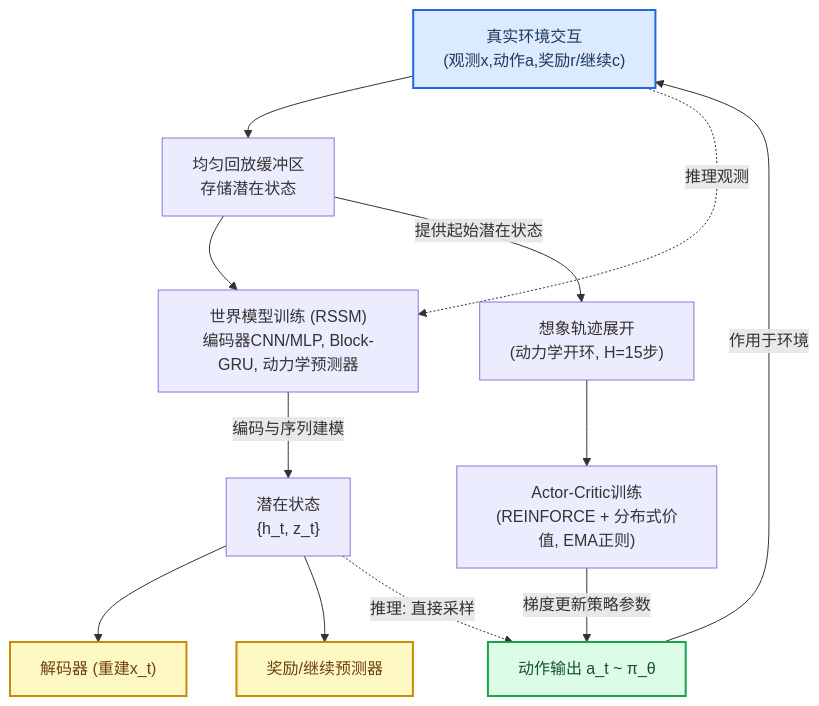
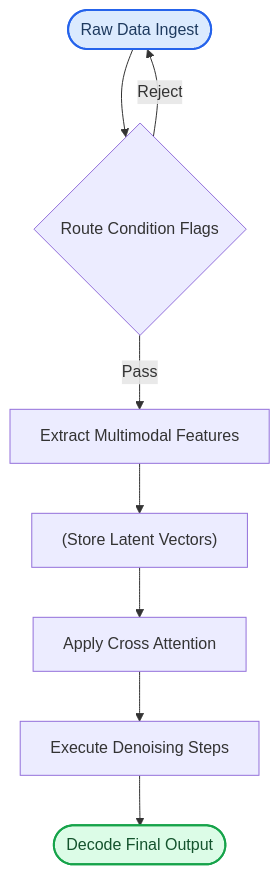
Before and after one commit to ShinewineW/paper-rolling: the third of 10 diagrams in person_vault/2026-06-08_MasteringDiverseDomainsThroughWorldModels_2301.04104/report.md, drawn with Mermaid. The commit also changed other lines of this file and 300 other files, not shown here.

````diff
--- a/person_vault/2026-06-08_MasteringDiverseDomainsThroughWorldModels_2301.04104/report.md
+++ b/person_vault/2026-06-08_MasteringDiverseDomainsThroughWorldModels_2301.04104/report.md
@@ -98,28 +124,22 @@
 ```mermaid
 flowchart TB
-    env["真实环境交互<br>(观测x,动作a,奖励r/继续c)"]:::required
-    buffer["均匀回放缓冲区<br>存储潜在状态"]
-    wm["世界模型训练 (RSSM)<br>编码器CNN/MLP, Block-GRU, 动力学预测器"]
-    latent["潜在状态<br>{h_t, z_t}"]
-    decoder["解码器 (重建x_t)"]:::optional
-    rewpred["奖励/继续预测器"]:::optional
-    imagine["想象轨迹展开<br>(动力学开环, H=15步)"]
-    actor_critic["Actor-Critic训练<br>(REINFORCE + 分布式价值, EMA正则)"]
-    action["动作输出 a_t ~ π_θ"]:::output
+    start_node(["Raw Data Ingest"]):::required
+    condition_router{Route Condition Flags}
+    feature_extractor["Extract Multimodal Features"]
+    latent_store["(Store Latent Vectors)"]
+    fusion_gate["Apply Cross Attention"]
+    denoising_core["Execute Denoising Steps"]
+    end_node(["Decode Final Output"]):::output
 
-    env --> buffer
-    buffer --> wm
-    wm -->|编码与序列建模| latent
-    latent --> decoder
-    latent --> rewpred
-    buffer -->|提供起始潜在状态| imagine
-    imagine --> actor_critic
-    actor_critic -->|梯度更新策略参数| action
-    action -->|作用于环境| env
-    env -.->|推理观测| wm
-    latent -.->|推理: 直接采样| action
+    start_node --> condition_router
+    condition_router -->|Pass| feature_extractor
+    condition_router -->|Reject| start_node
+    feature_extractor --> latent_store
+    latent_store --> fusion_gate
+    fusion_gate --> denoising_core
+    denoising_core --> end_node
 
     classDef required fill:#dbeafe,stroke:#2563eb,stroke-width:2px,color:#1e3a5f
     classDef output fill:#dcfce7,stroke:#16a34a,stroke-width:2px,color:#14532d
     classDef optional fill:#fef9c3,stroke:#ca8a04,stroke-width:2px,color:#713f12
 ```
````
